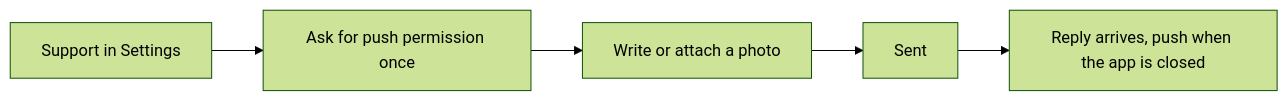
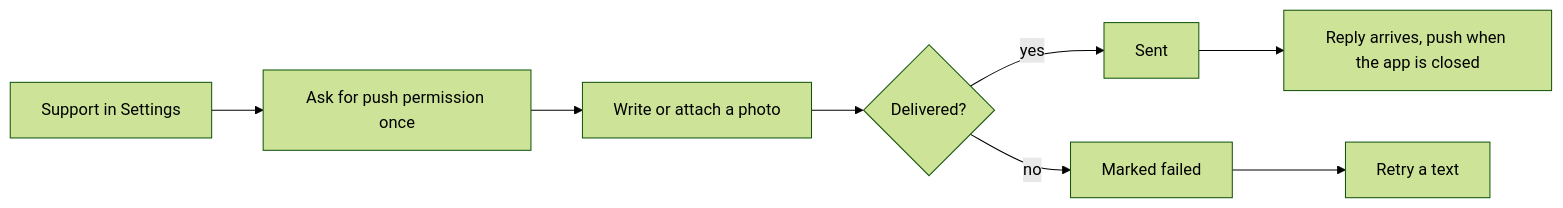
Before and after one commit to gemwalletcom/wallet: the diagram in docs/product/support.md, drawn with Mermaid (forest theme). The commit also changed 10 other files, not shown here.

Commit message:
Extend the product diagrams with the decline, reject and failure branches

````diff
--- a/docs/product/support.md
+++ b/docs/product/support.md
@@ -5,4 +5,6 @@
 ```mermaid
 flowchart LR
-    A[Support in Settings] --> B[Ask for push permission once] --> C[Write or attach a photo] --> D[Sent] --> E[Reply arrives, push when the app is closed]
+    A[Support in Settings] --> B[Ask for push permission once] --> C[Write or attach a photo] --> D{Delivered?}
+    D -- yes --> E[Sent] --> F[Reply arrives, push when the app is closed]
+    D -- no --> G[Marked failed] --> H[Retry a text]
 ```
````
